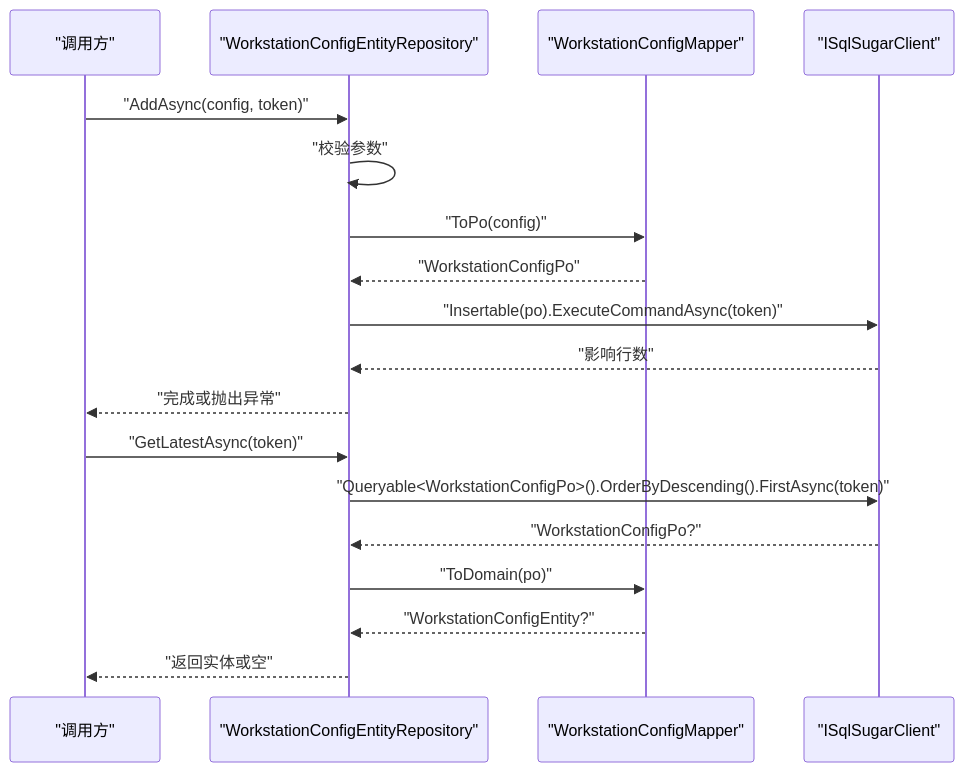
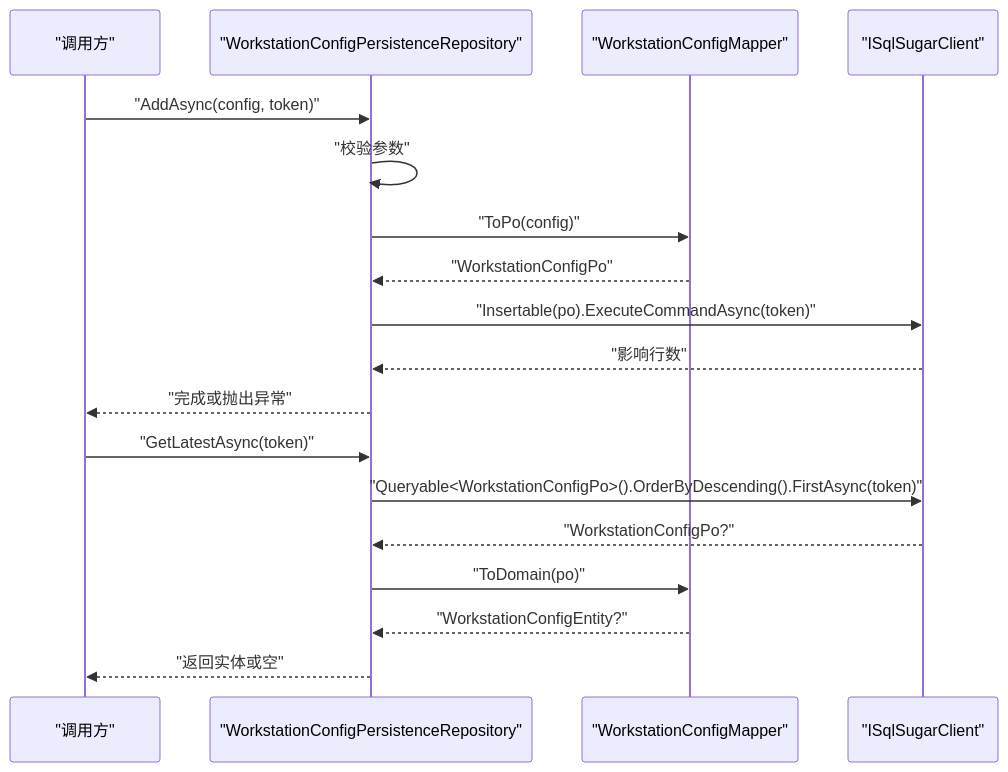
Before and after one commit to whitemousetl/IndustrialDataSolution: the third of 6 diagrams in .qoder/repowiki/zh/content/数据持久化/仓储模式实现.md, drawn with Mermaid. The commit also changed other lines of this file and 13 other files, not shown here.

````diff
--- a/.qoder/repowiki/zh/content/数据持久化/仓储模式实现.md
+++ b/.qoder/repowiki/zh/content/数据持久化/仓储模式实现.md
@@ -223,20 +219,20 @@
 ```mermaid
 sequenceDiagram
 participant Caller as "调用方"
-participant Repo as "WorkstationConfigEntityRepository"
+participant Repo as "WorkstationConfigPersistenceRepository"
 participant Mapper as "WorkstationConfigMapper"
 participant DB as "ISqlSugarClient"
 Caller->>Repo : "AddAsync(config, token)"
 Repo->>Repo : "校验参数"
 Repo->>Mapper : "ToPo(config)"
 Mapper-->>Repo : "WorkstationConfigPo"
 Repo->>DB : "Insertable(po).ExecuteCommandAsync(token)"
 DB-->>Repo : "影响行数"
 Repo-->>Caller : "完成或抛出异常"
 Caller->>Repo : "GetLatestAsync(token)"
 Repo->>DB : "Queryable<WorkstationConfigPo>().OrderByDescending().FirstAsync(token)"
 DB-->>Repo : "WorkstationConfigPo?"
 Repo->>Mapper : "ToDomain(po)"
 Mapper-->>Repo : "WorkstationConfigEntity?"
 Repo-->>Caller : "返回实体或空"
 ```
````
